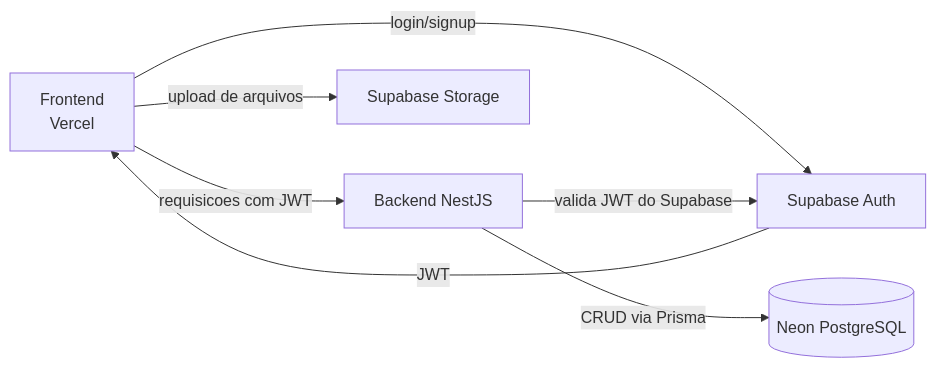
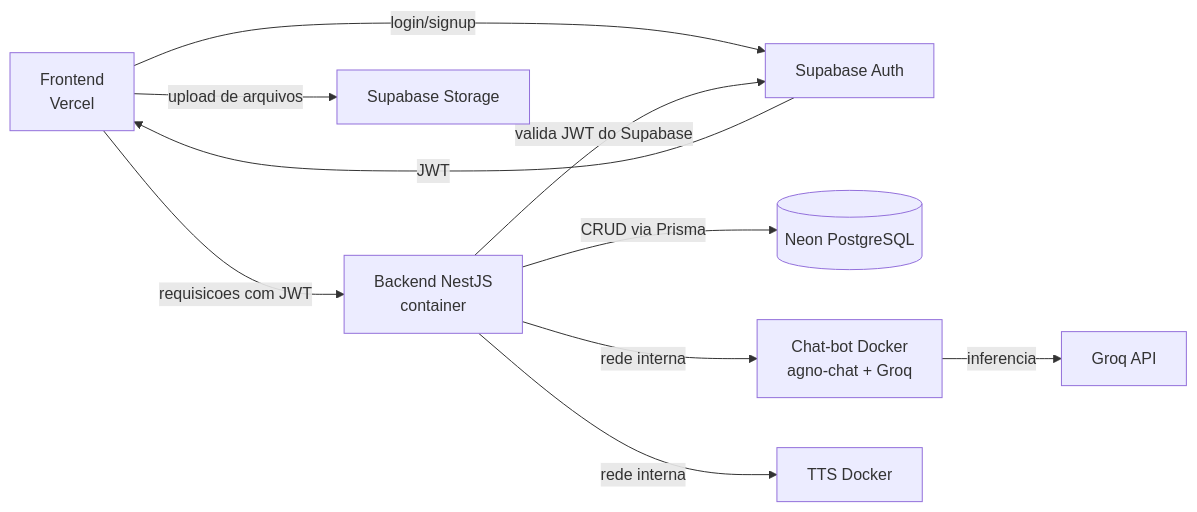
Before and after one commit to GeorgeLucas1/PSYCHO-LIBERTAIRE-: the fifth of 5 diagrams in README.md, drawn with Mermaid. The commit also changed other lines of this file, not shown here.

````diff
--- a/README.md
+++ b/README.md
@@ -302,9 +415,12 @@
 ```mermaid
 graph LR
     FE[Frontend<br/>Vercel] -->|login/signup| SB[Supabase Auth]
     SB -->|JWT| FE
-    FE -->|requisicoes com JWT| API[Backend NestJS]
+    FE -->|requisicoes com JWT| API[Backend NestJS<br/>container]
     API -->|valida JWT do Supabase| SB
     API -->|CRUD via Prisma| NEON[(Neon PostgreSQL)]
+    API -->|rede interna| BOT[Chat-bot Docker<br/>agno-chat + Groq]
+    API -->|rede interna| TTS[TTS Docker]
+    BOT -->|inferencia| GROQ[Groq API]
     FE -->|upload de arquivos| STORAGE[Supabase Storage]
 ```
````
